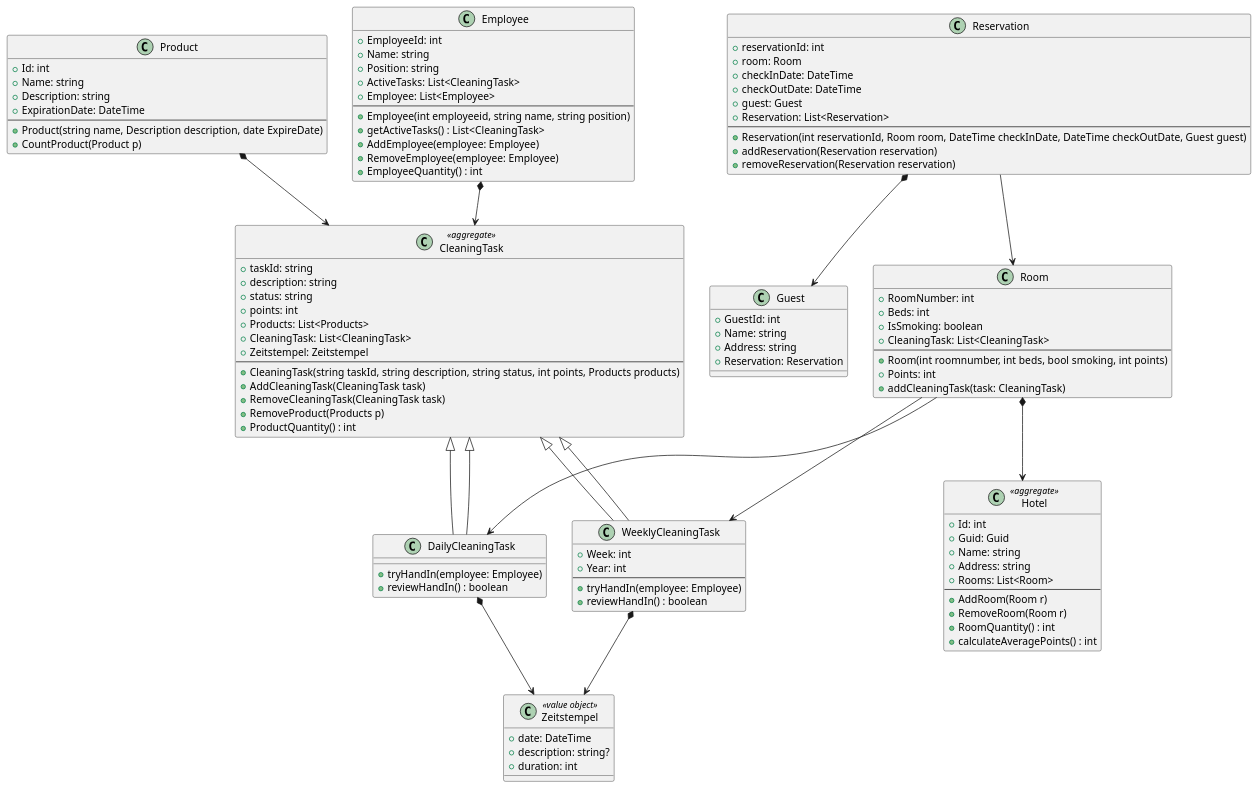
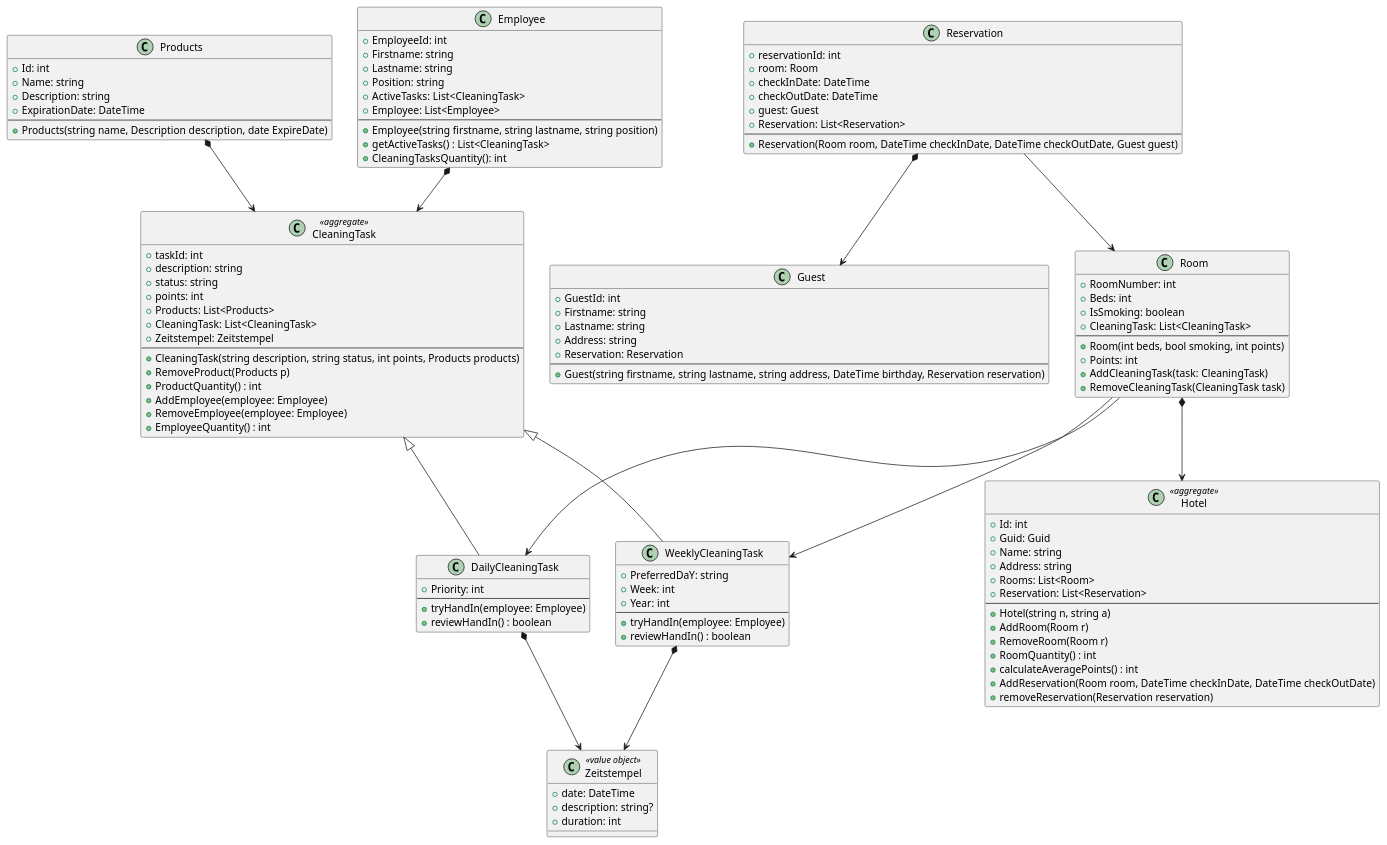
The diagram in Diagram/diagram.puml (LukasW2/Reinigungsverwaltung_Wezo), drawn with PlantUML before and after one commit. The commit also changed 18 other files, not shown here.

```diff
--- a/Diagram/diagram.puml
+++ b/Diagram/diagram.puml
@@ -1,119 +1,126 @@
 @startuml
 
 class CleaningTask <<aggregate>> {
-  +taskId: string
+  +taskId: int
   +description: string
   +status: string
   +points: int
   +Products: List<Products>
   +CleaningTask: List<CleaningTask>
   +Zeitstempel: Zeitstempel
   --
-  +CleaningTask(string taskId, string description, string status, int points, Products products)
-  +AddCleaningTask(CleaningTask task)
-  +RemoveCleaningTask(CleaningTask task)
+  +CleaningTask(string description, string status, int points, Products products)
   +RemoveProduct(Products p) 
   +ProductQuantity() : int
+  +AddEmployee(employee: Employee)
+  +RemoveEmployee(employee: Employee)
+  +EmployeeQuantity() : int 
 }
 
 class DailyCleaningTask extends CleaningTask {
+  +Priority: int
+  --
   +tryHandIn(employee: Employee)
   +reviewHandIn() : boolean
 }
 
 class WeeklyCleaningTask extends CleaningTask {
+  +PreferredDaY: string
   +Week: int
   +Year: int
   --
   +tryHandIn(employee: Employee)
   +reviewHandIn() : boolean
 }
 
 class Employee {
   +EmployeeId: int
-  +Name: string
+  +Firstname: string
+  +Lastname: string
   +Position: string
   +ActiveTasks: List<CleaningTask>
   +Employee: List<Employee>
   --
-  +Employee(int employeeid, string name, string position)
+  +Employee(string firstname, string lastname, string position)
   +getActiveTasks() : List<CleaningTask>
-  +AddEmployee(employee: Employee)
-  +RemoveEmployee(employee: Employee)
-  +EmployeeQuantity() : int 
+  +CleaningTasksQuantity(): int
 }
 
 class Zeitstempel <<value object>>{
     +date: DateTime
     +description: string?
     +duration: int
 }
 
 
-class Product {
+class Products {
   + Id: int
   + Name: string
   + Description: string
   + ExpirationDate: DateTime
   --
-  + Product(string name, Description description, date ExpireDate)
-  + CountProduct(Product p)
+  + Products(string name, Description description, date ExpireDate)
 }
 
 class Room {
   +RoomNumber: int
   +Beds: int
   +IsSmoking: boolean
   +CleaningTask: List<CleaningTask>
   --
-  +Room(int roomnumber, int beds, bool smoking, int points)
+  +Room(int beds, bool smoking, int points)
   +Points: int
-  +addCleaningTask(task: CleaningTask)
+  +AddCleaningTask(task: CleaningTask)
+  +RemoveCleaningTask(CleaningTask task)
 }
 
 class Hotel <<aggregate>> {
   +Id: int
   +Guid: Guid
   +Name: string
   +Address: string
   +Rooms: List<Room>
+  +Reservation: List<Reservation>
   --
+  +Hotel(string n, string a)
   +AddRoom(Room r)
   +RemoveRoom(Room r)
   +RoomQuantity() : int
   +calculateAveragePoints() : int
+  +AddReservation(Room room, DateTime checkInDate, DateTime checkOutDate)
+  +removeReservation(Reservation reservation)
 }
 
 class Guest {
   +GuestId: int
-  +Name: string
+  +Firstname: string
+  +Lastname: string
   +Address: string
   +Reservation: Reservation
+  --
+  +Guest(string firstname, string lastname, string address, DateTime birthday, Reservation reservation)
 }
 
 class Reservation {
   +reservationId: int
   +room: Room
   +checkInDate: DateTime
   +checkOutDate: DateTime
   +guest: Guest
   +Reservation: List<Reservation>
   --
-  +Reservation(int reservationId, Room room, DateTime checkInDate, DateTime checkOutDate, Guest guest)
-  +addReservation(Reservation reservation)
-  +removeReservation(Reservation reservation)
+  +Reservation(Room room, DateTime checkInDate, DateTime checkOutDate, Guest guest)
 }
 
 DailyCleaningTask *--> Zeitstempel
 WeeklyCleaningTask *--> Zeitstempel
-CleaningTask <|-- DailyCleaningTask
-CleaningTask <|-- WeeklyCleaningTask
+
 Employee *--> CleaningTask
 Room --> DailyCleaningTask
 Room --> WeeklyCleaningTask
 Room *--> Hotel
 Reservation *--> Guest
 Reservation --> Room
-Product *--> CleaningTask
+Products *--> CleaningTask
 
 @enduml
```
